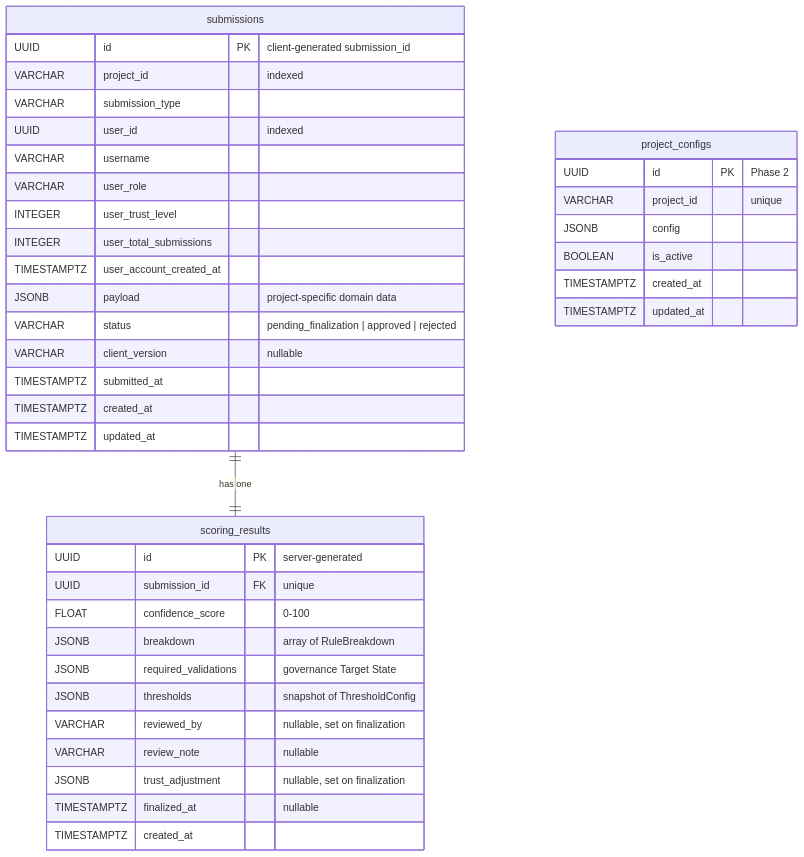
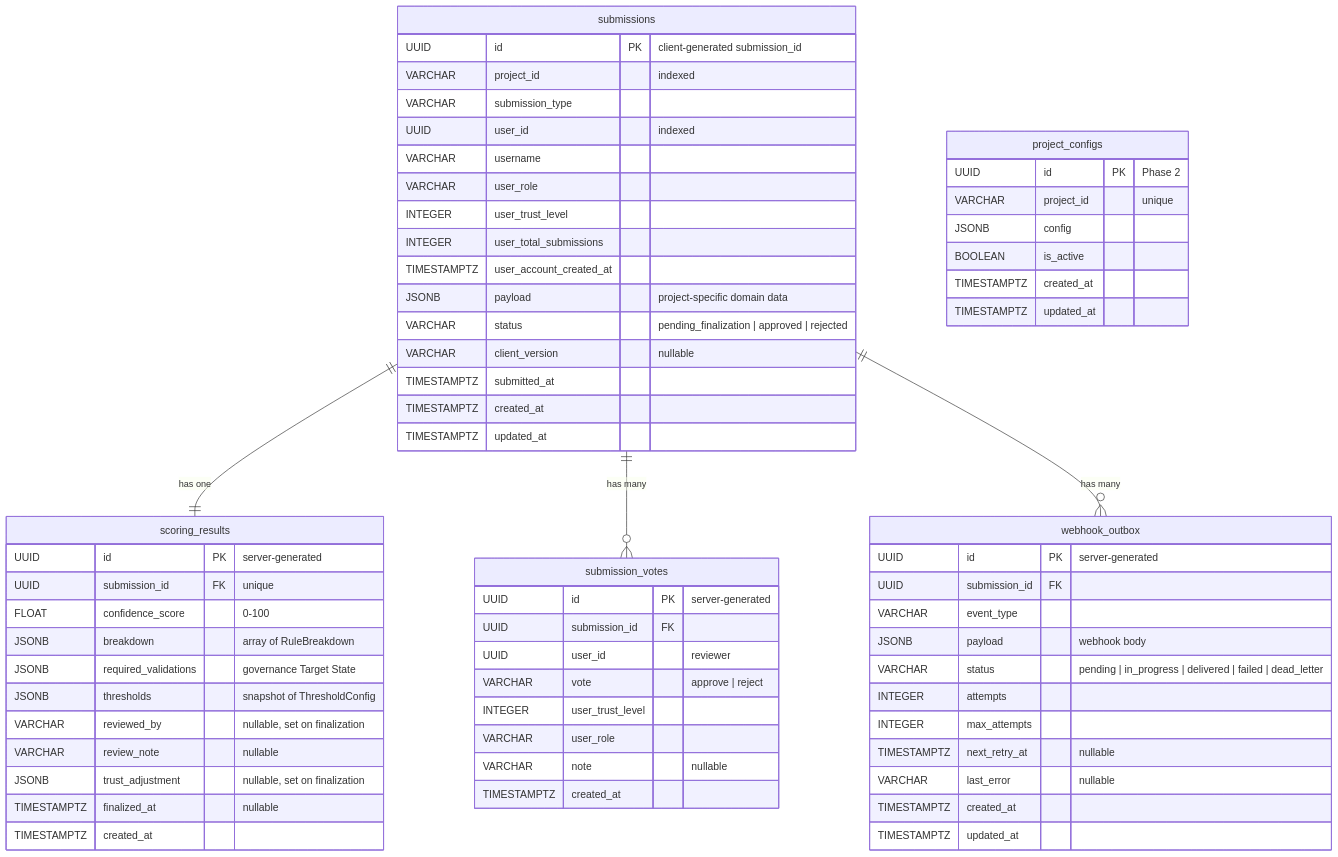
Before and after one commit to leyyce/winnow: the first of 3 diagrams in docs/architecture/05_database_design.md, drawn with Mermaid. The commit also changed other lines of this file and 26 other files, not shown here.

````diff
--- a/docs/architecture/05_database_design.md
+++ b/docs/architecture/05_database_design.md
@@ -108,45 +155,72 @@
 ```mermaid
 erDiagram
     submissions {
         UUID id PK "client-generated submission_id"
         VARCHAR project_id "indexed"
         VARCHAR submission_type
         UUID user_id "indexed"
         VARCHAR username
         VARCHAR user_role
         INTEGER user_trust_level
         INTEGER user_total_submissions
         TIMESTAMPTZ user_account_created_at
         JSONB payload "project-specific domain data"
         VARCHAR status "pending_finalization | approved | rejected"
         VARCHAR client_version "nullable"
         TIMESTAMPTZ submitted_at
         TIMESTAMPTZ created_at
         TIMESTAMPTZ updated_at
     }
 
     scoring_results {
         UUID id PK "server-generated"
         UUID submission_id FK "unique"
         FLOAT confidence_score "0-100"
         JSONB breakdown "array of RuleBreakdown"
         JSONB required_validations "governance Target State"
         JSONB thresholds "snapshot of ThresholdConfig"
         VARCHAR reviewed_by "nullable, set on finalization"
         VARCHAR review_note "nullable"
         JSONB trust_adjustment "nullable, set on finalization"
         TIMESTAMPTZ finalized_at "nullable"
         TIMESTAMPTZ created_at
     }
 
     project_configs {
         UUID id PK "Phase 2"
         VARCHAR project_id "unique"
         JSONB config
         BOOLEAN is_active
         TIMESTAMPTZ created_at
         TIMESTAMPTZ updated_at
     }
 
+    submission_votes {
+        UUID id PK "server-generated"
+        UUID submission_id FK
+        UUID user_id "reviewer"
+        VARCHAR vote "approve | reject"
+        INTEGER user_trust_level
+        VARCHAR user_role
+        VARCHAR note "nullable"
+        TIMESTAMPTZ created_at
+    }
+
+    webhook_outbox {
+        UUID id PK "server-generated"
+        UUID submission_id FK
+        VARCHAR event_type
+        JSONB payload "webhook body"
+        VARCHAR status "pending | in_progress | delivered | failed | dead_letter"
+        INTEGER attempts
+        INTEGER max_attempts
+        TIMESTAMPTZ next_retry_at "nullable"
+        VARCHAR last_error "nullable"
+        TIMESTAMPTZ created_at
+        TIMESTAMPTZ updated_at
+    }
+
     submissions ||--|| scoring_results : "has one"
+    submissions ||--o{ submission_votes : "has many"
+    submissions ||--o{ webhook_outbox : "has many"
 ```
````
